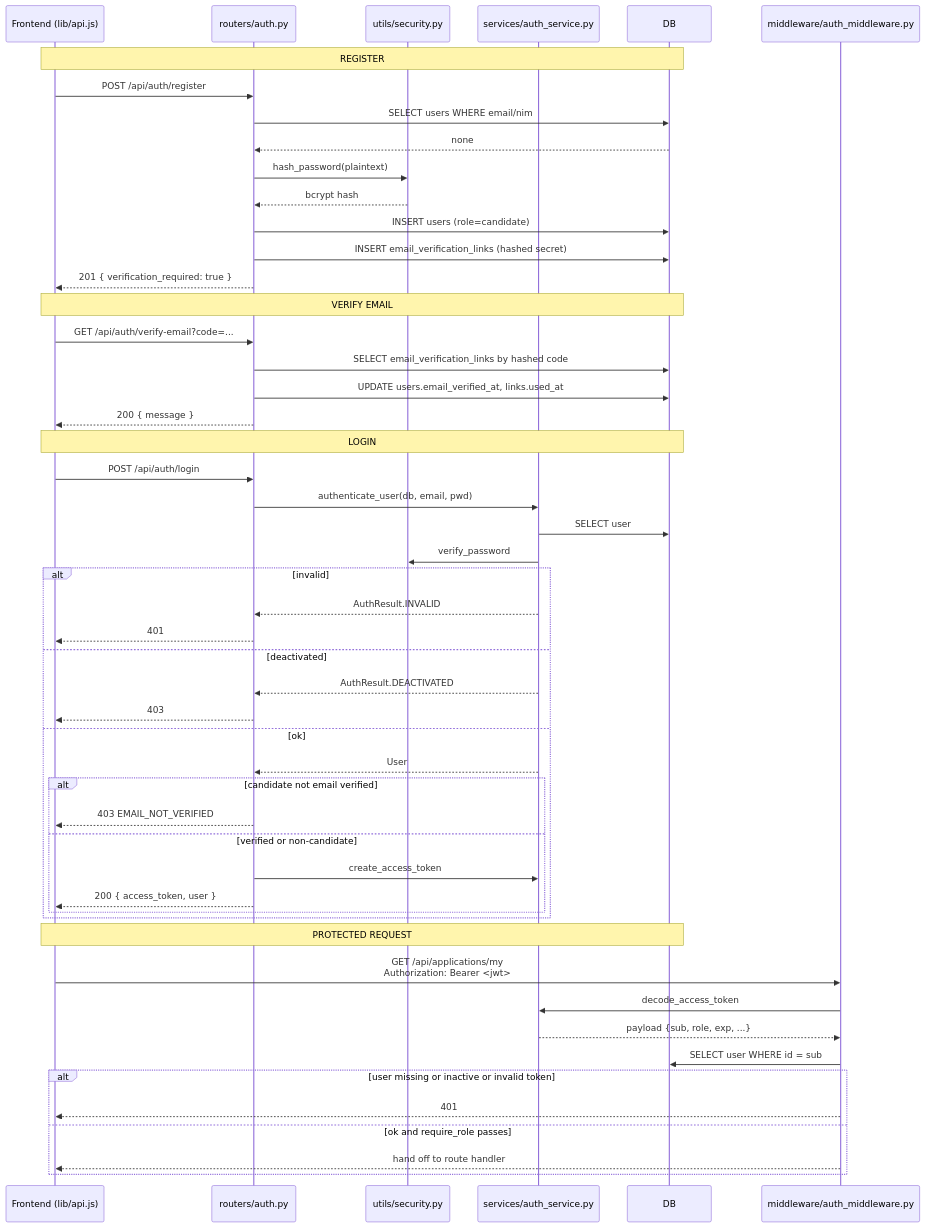
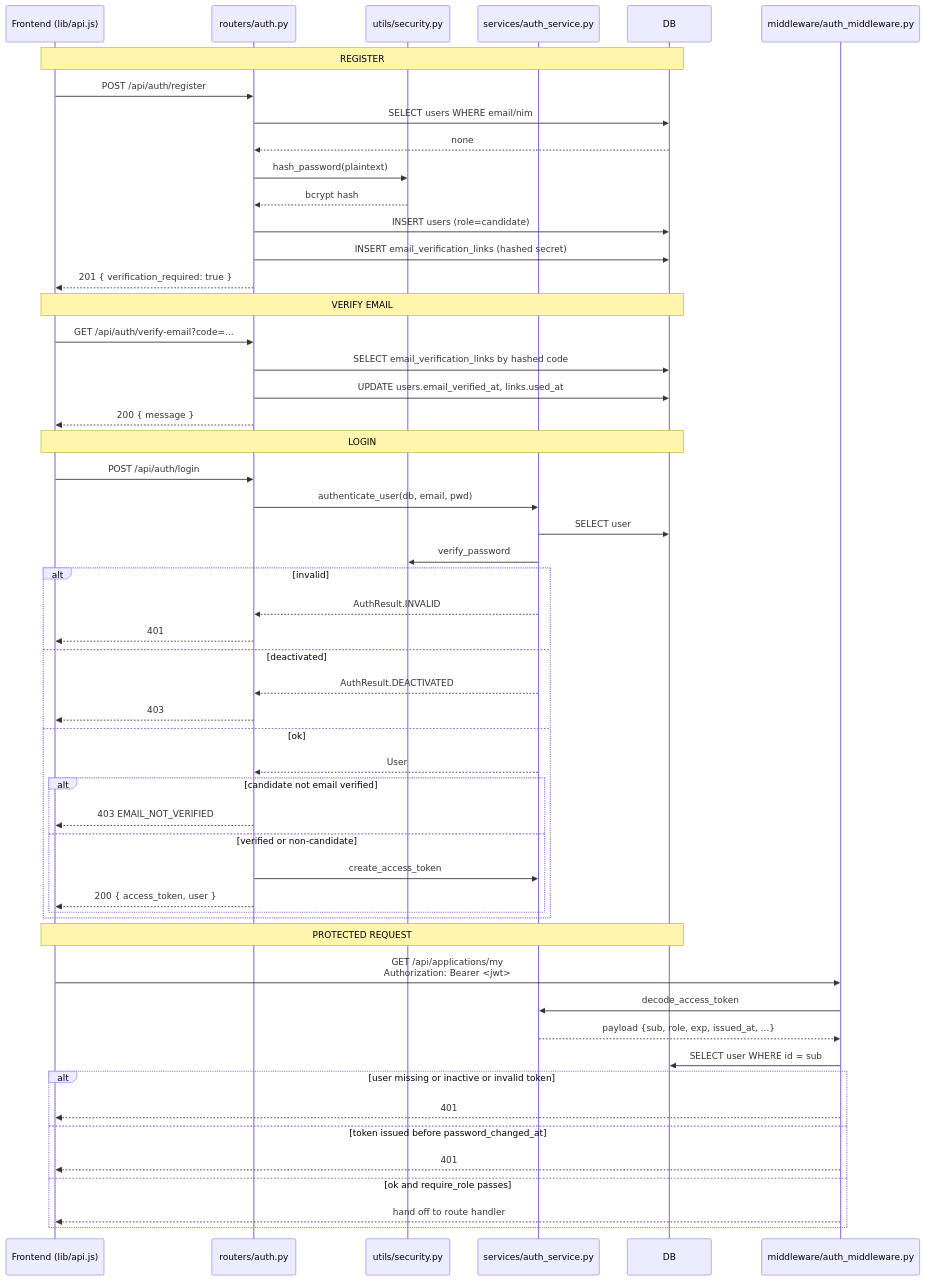
One commit to istgrudd/screenai-lab changed the third of 12 diagrams in docs/FLOW_DIAGRAMS.md. Above: the diagram before and after it, drawn with Mermaid. The commit also changed other lines of this file and 19 other files, not shown here.

First line of the commit message:
feat: implement self-service password reset flow and session invalidation

````diff
--- a/docs/FLOW_DIAGRAMS.md
+++ b/docs/FLOW_DIAGRAMS.md
@@ -83,57 +83,59 @@
 ```mermaid
 sequenceDiagram
     participant FE as Frontend (lib/api.js)
     participant Auth as routers/auth.py
     participant Sec as utils/security.py
     participant Svc as services/auth_service.py
     participant DB as DB
     participant MW as middleware/auth_middleware.py
 
     Note over FE,DB: REGISTER
     FE->>Auth: POST /api/auth/register
     Auth->>DB: SELECT users WHERE email/nim
     DB-->>Auth: none
     Auth->>Sec: hash_password(plaintext)
     Sec-->>Auth: bcrypt hash
     Auth->>DB: INSERT users (role=candidate)
     Auth->>DB: INSERT email_verification_links (hashed secret)
     Auth-->>FE: 201 { verification_required: true }
 
     Note over FE,DB: VERIFY EMAIL
     FE->>Auth: GET /api/auth/verify-email?code=...
     Auth->>DB: SELECT email_verification_links by hashed code
     Auth->>DB: UPDATE users.email_verified_at, links.used_at
     Auth-->>FE: 200 { message }
 
     Note over FE,DB: LOGIN
     FE->>Auth: POST /api/auth/login
     Auth->>Svc: authenticate_user(db, email, pwd)
     Svc->>DB: SELECT user
     Svc->>Sec: verify_password
     alt invalid
         Svc-->>Auth: AuthResult.INVALID
         Auth-->>FE: 401
     else deactivated
         Svc-->>Auth: AuthResult.DEACTIVATED
         Auth-->>FE: 403
     else ok
         Svc-->>Auth: User
         alt candidate not email verified
             Auth-->>FE: 403 EMAIL_NOT_VERIFIED
         else verified or non-candidate
             Auth->>Svc: create_access_token
             Auth-->>FE: 200 { access_token, user }
         end
     end
 
     Note over FE,DB: PROTECTED REQUEST
     FE->>MW: GET /api/applications/my<br/>Authorization: Bearer <jwt>
     MW->>Svc: decode_access_token
-    Svc-->>MW: payload {sub, role, exp, ...}
+    Svc-->>MW: payload {sub, role, exp, issued_at, ...}
     MW->>DB: SELECT user WHERE id = sub
     alt user missing or inactive or invalid token
+        MW-->>FE: 401
+    else token issued before password_changed_at
         MW-->>FE: 401
     else ok and require_role passes
         MW-->>FE: hand off to route handler
     end
 ```
````
